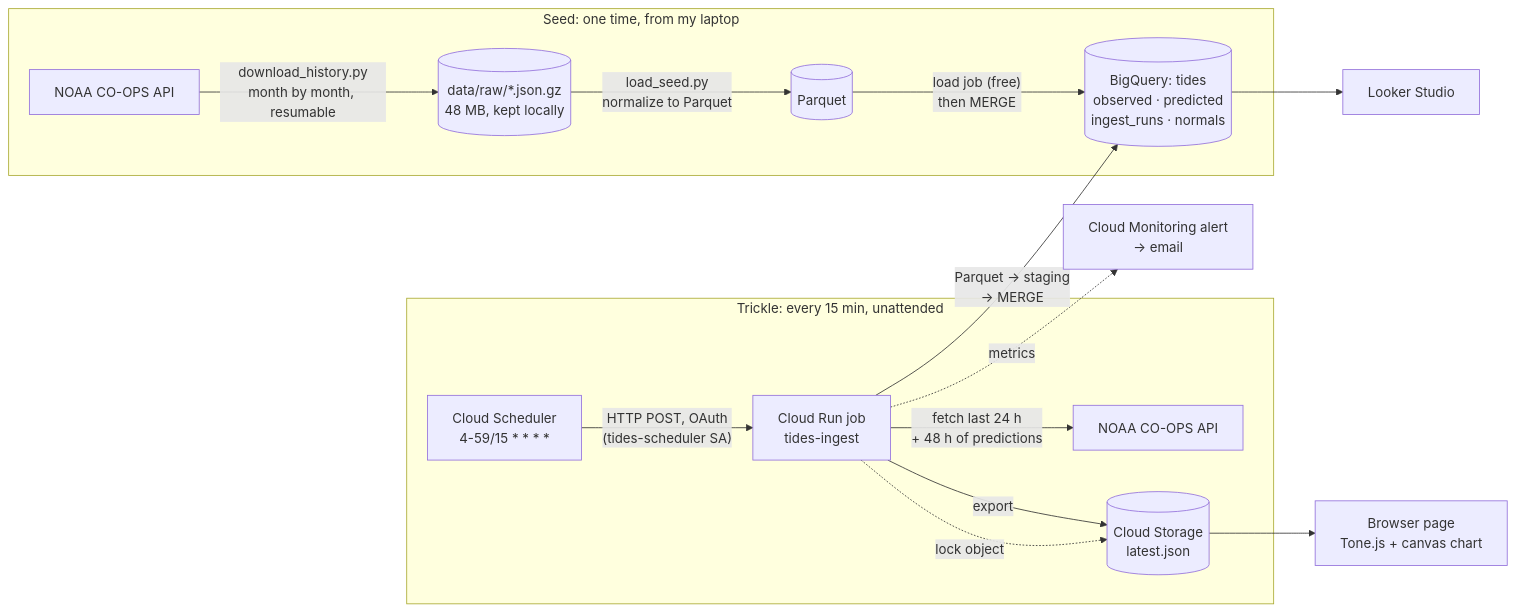
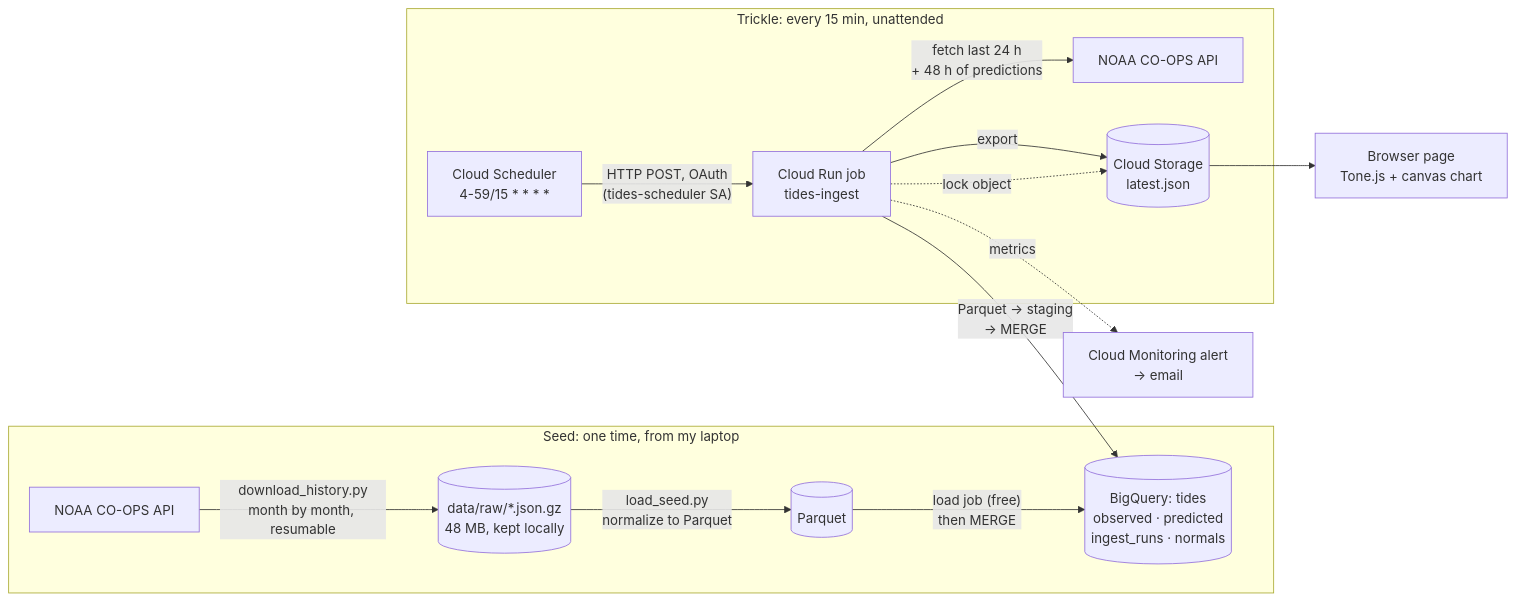
One commit to hkamm123/pipeline-project changed the diagram in README.md. Above: the diagram before and after it, drawn with Mermaid. The commit also changed other lines of this file, not shown here.

Commit message:
README: remove Looker Studio (not built) from the diagram and stage table

````diff
--- a/README.md
+++ b/README.md
@@ -14,19 +14,18 @@
 ```mermaid
 flowchart LR
   subgraph seed["Seed: one time, from my laptop"]
     N1[NOAA CO-OPS API] -->|"download_history.py<br/>month by month, resumable"| RAW[("data/raw/*.json.gz<br/>48 MB, kept locally")]
     RAW -->|"load_seed.py<br/>normalize to Parquet"| PQ[(Parquet)]
     PQ -->|"load job (free)<br/>then MERGE"| BQ
   end
   subgraph trickle["Trickle: every 15 min, unattended"]
     CS["Cloud Scheduler<br/>4-59/15 * * * *"] -->|"HTTP POST, OAuth<br/>(tides-scheduler SA)"| CR["Cloud Run job<br/>tides-ingest"]
     CR -->|"fetch last 24 h<br/>+ 48 h of predictions"| N2[NOAA CO-OPS API]
     CR -->|"Parquet → staging<br/>→ MERGE"| BQ
     CR -->|"export"| GCS
     CR -.->|"lock object"| GCS
   end
   BQ[("BigQuery: tides<br/>observed · predicted<br/>ingest_runs · normals")]
   GCS[("Cloud Storage<br/>latest.json")] --> WEB["Browser page<br/>Tone.js + canvas chart"]
-  BQ --> LS[Looker Studio]
   CR -. metrics .-> MON["Cloud Monitoring alert<br/>→ email"]
 ```
````
